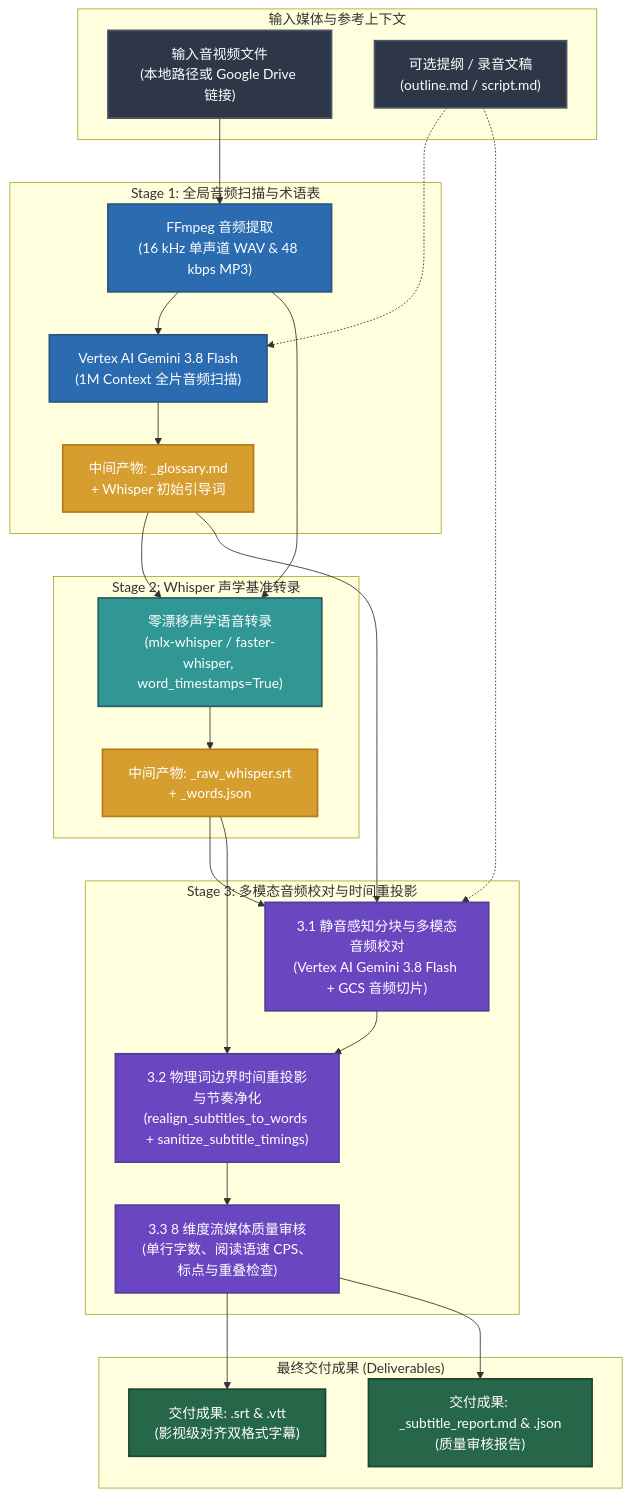
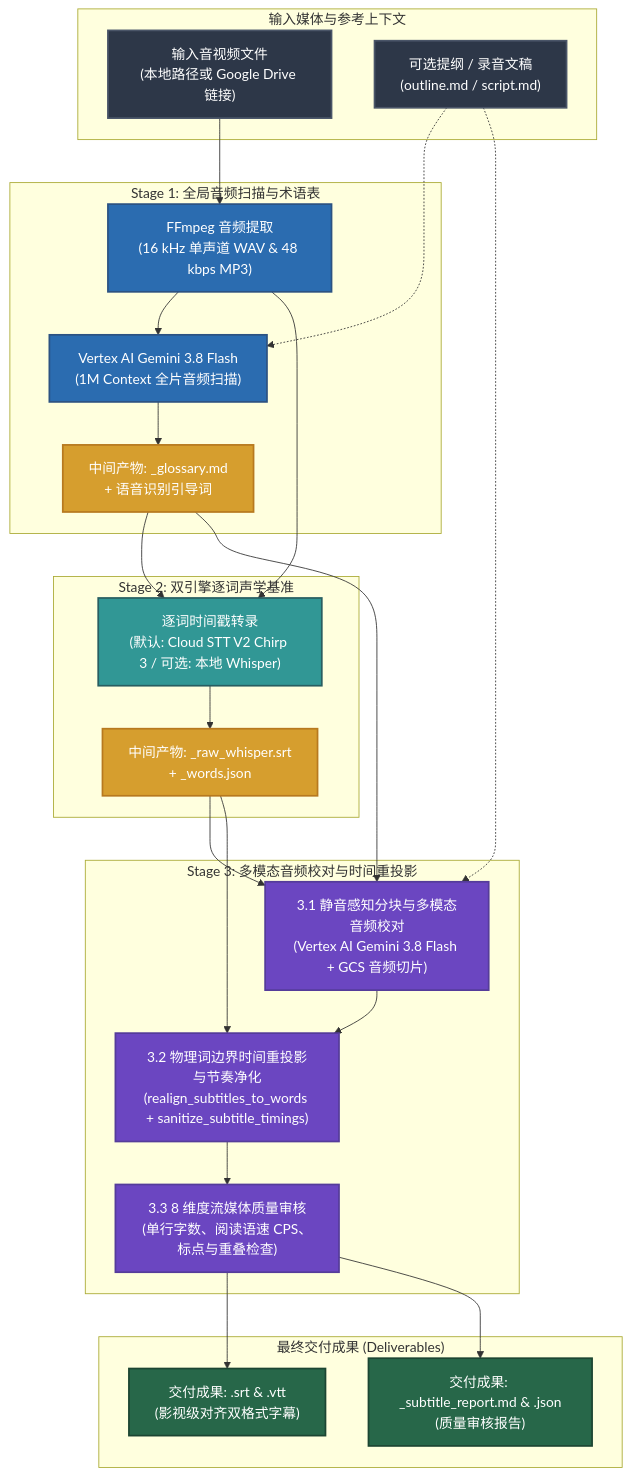
One commit to sylphlin/subtitle-craft changed the diagram in README.zh-CN.md. Above: the diagram before and after it, drawn with Mermaid. The commit also changed other lines of this file and 17 other files, not shown here.

First line of the commit message:
feat(asr): adopt Cloud STT V2 Chirp 3 as default Stage 2 engine with optional Whisper

````diff
--- a/README.zh-CN.md
+++ b/README.zh-CN.md
@@ -46,52 +49,52 @@
 ```mermaid
 flowchart TD
     classDef inputStyle fill:#2D3748,stroke:#4A5568,stroke-width:2px,color:#fff;
     classDef stage1Style fill:#2B6CB0,stroke:#2C5282,stroke-width:2px,color:#fff;
     classDef stage2Style fill:#319795,stroke:#285E61,stroke-width:2px,color:#fff;
     classDef stage3Style fill:#6B46C1,stroke:#553C9A,stroke-width:2px,color:#fff;
     classDef artifactStyle fill:#D69E2E,stroke:#B7791F,stroke-width:2px,color:#fff;
     classDef outputStyle fill:#276749,stroke:#1C4532,stroke-width:2px,color:#fff;
 
     subgraph Inputs["输入媒体与参考上下文"]
         IN["输入音视频文件<br/>(本地路径或 Google Drive 链接)"]:::inputStyle
         REF["可选提纲 / 录音文稿<br/>(outline.md / script.md)"]:::inputStyle
     end
 
     subgraph Stage1["Stage 1: 全局音频扫描与术语表"]
         S0["FFmpeg 音频提取<br/>(16 kHz 单声道 WAV & 48 kbps MP3)"]:::stage1Style
         S1["Vertex AI Gemini 3.8 Flash<br/>(1M Context 全片音频扫描)"]:::stage1Style
-        GL["中间产物: <basename>_glossary.md<br/>+ Whisper 初始引导词"]:::artifactStyle
+        GL["中间产物: <basename>_glossary.md<br/>+ 语音识别引导词"]:::artifactStyle
     end
 
-    subgraph Stage2["Stage 2: Whisper 声学基准转录"]
-        S2["零漂移声学语音转录<br/>(mlx-whisper / faster-whisper, word_timestamps=True)"]:::stage2Style
+    subgraph Stage2["Stage 2: 双引擎逐词声学基准"]
+        S2["逐词时间戳转录<br/>(默认: Cloud STT V2 Chirp 3 / 可选: 本地 Whisper)"]:::stage2Style
         WD["中间产物: <basename>_raw_whisper.srt<br/>+ <basename>_words.json"]:::artifactStyle
     end
 
     subgraph Stage3["Stage 3: 多模态音频校对与时间重投影"]
         S3_1["3.1 静音感知分块与多模态音频校对<br/>(Vertex AI Gemini 3.8 Flash + GCS 音频切片)"]:::stage3Style
         S3_2["3.2 物理词边界时间重投影与节奏净化<br/>(realign_subtitles_to_words + sanitize_subtitle_timings)"]:::stage3Style
         S3_3["3.3 8 维度流媒体质量审核<br/>(单行字数、阅读语速 CPS、标点与重叠检查)"]:::stage3Style
     end
 
     subgraph Deliverables["最终交付成果 (Deliverables)"]
         OUT_SUB["交付成果: <basename>.srt & <basename>.vtt<br/>(影视级对齐双格式字幕)"]:::outputStyle
         OUT_REP["交付成果: <basename>_subtitle_report.md & .json<br/>(质量审核报告)"]:::outputStyle
     end
 
     IN --> S0
     S0 --> S1
     REF -.-> S1
     S1 --> GL
     S0 --> S2
     GL --> S2
     S2 --> WD
     WD --> S3_1
     GL --> S3_1
     REF -.-> S3_1
     S3_1 --> S3_2
     WD --> S3_2
     S3_2 --> S3_3
     S3_3 --> OUT_SUB
     S3_3 --> OUT_REP
 ```
````
